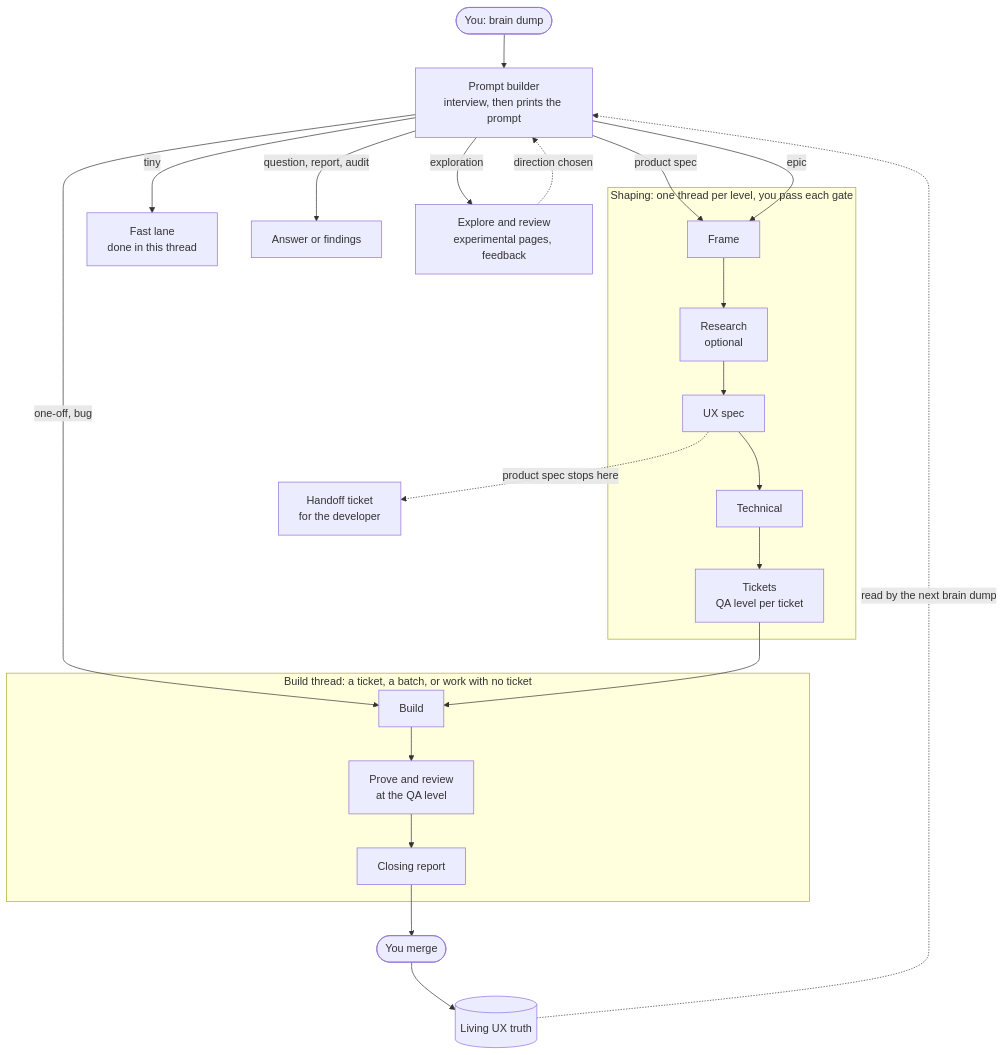
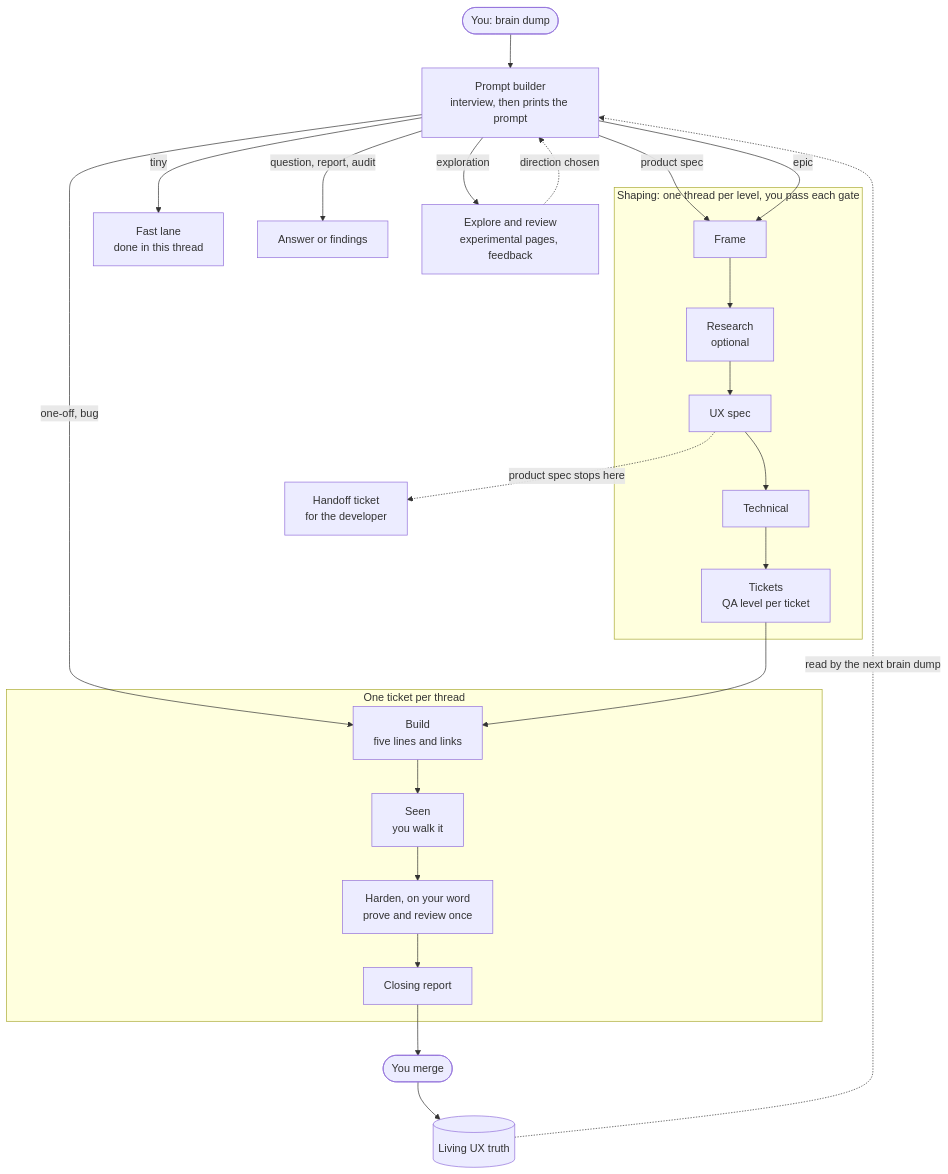
The diagram in docs/workflows/README.md (tayloraucoin/product-engineering-mastery), drawn with Mermaid before and after one commit. The commit also changed other lines of this file and 20 other files, not shown here.

Commit message:
PEM: the hardening stage (Build, Seen, Harden) and one ticket per thread (PR-21); the model column with Opus 5.5 as a build's minimum and recommended (PR-22, from the calibration); the teammate checkout table; the model-selection research note and its calibration filed

````diff
--- a/docs/workflows/README.md
+++ b/docs/workflows/README.md
@@ -53,23 +53,23 @@
 ```mermaid
 flowchart TD
   you(["You: brain dump"]) --> pb["Prompt builder<br/>interview, then prints the prompt"]
   pb -->|"tiny"| fast["Fast lane<br/>done in this thread"]
   pb -->|"question, report, audit"| out["Answer or findings"]
   pb -->|"exploration"| explore["Explore and review<br/>experimental pages, feedback"]
   pb -->|"product spec"| frame
   pb -->|"epic"| frame
   pb -->|"one-off, bug"| build
   explore -.->|"direction chosen"| pb
   subgraph SHAPE["Shaping: one thread per level, you pass each gate"]
     frame["Frame"] --> research["Research<br/>optional"] --> ux["UX spec"]
     ux --> tech["Technical"] --> tix["Tickets<br/>QA level per ticket"]
   end
   ux -.->|"product spec stops here"| handoff["Handoff ticket<br/>for the developer"]
   tix --> build
-  subgraph BUILD["Build thread: a ticket, a batch, or work with no ticket"]
-    build["Build"] --> prove["Prove and review<br/>at the QA level"] --> report["Closing report"]
+  subgraph BUILD["One ticket per thread"]
+    build["Build<br/>five lines and links"] --> seen["Seen<br/>you walk it"] --> prove["Harden, on your word<br/>prove and review once"] --> report["Closing report"]
   end
   report --> merge(["You merge"])
   merge --> truth[("Living UX truth")]
   truth -.->|"read by the next brain dump"| pb
 ```
````
